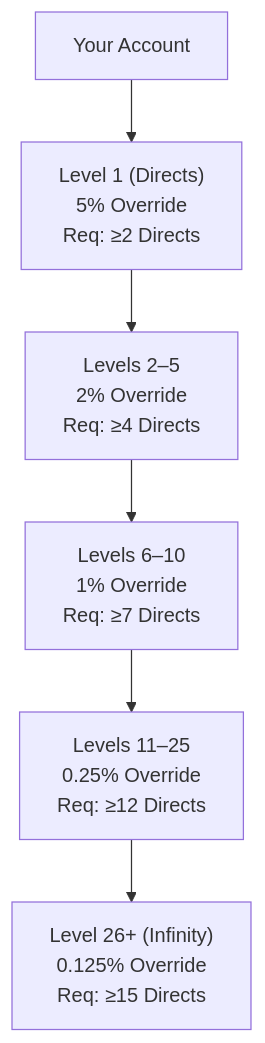
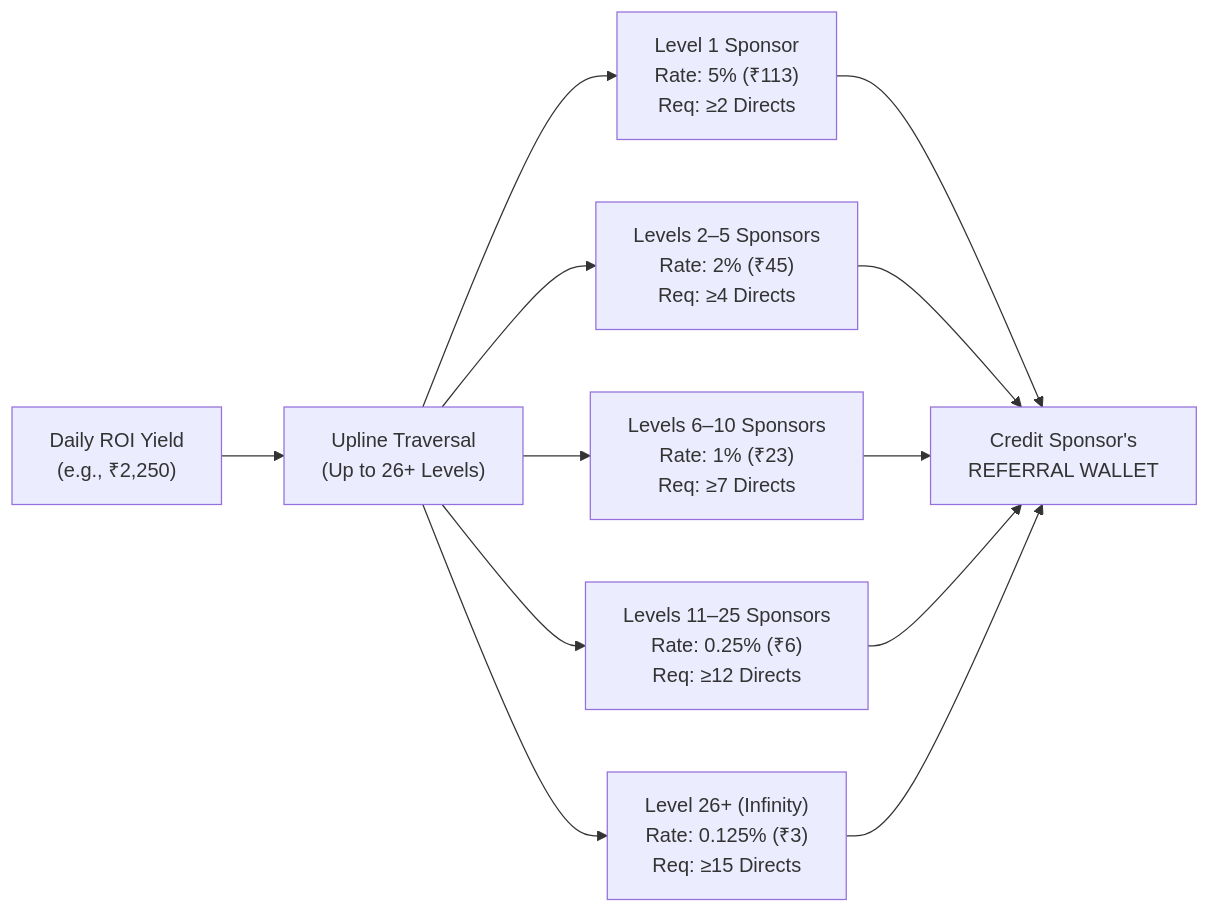
One commit to dharmikthanki12/Unicorn changed the third of 4 diagrams in UNICORN_COMPLETE_SYSTEM_WORKFLOW.md. Above: the diagram before and after it, drawn with Mermaid. The commit also changed other lines of this file, not shown here.

````diff
--- a/UNICORN_COMPLETE_SYSTEM_WORKFLOW.md
+++ b/UNICORN_COMPLETE_SYSTEM_WORKFLOW.md
@@ -126,15 +274,15 @@
 ```mermaid
-graph TD
-    User["Your Account"]
-    L1["Level 1 (Directs)<br/>5% Override<br/>Req: ≥2 Directs"]
-    L2["Levels 2–5<br/>2% Override<br/>Req: ≥4 Directs"]
-    L3["Levels 6–10<br/>1% Override<br/>Req: ≥7 Directs"]
-    L4["Levels 11–25<br/>0.25% Override<br/>Req: ≥12 Directs"]
-    L5["Level 26+ (Infinity)<br/>0.125% Override<br/>Req: ≥15 Directs"]
-
-    User --> L1
-    L1 --> L2
-    L2 --> L3
-    L3 --> L4
-    L4 --> L5
+flowchart LR
+    A["Daily ROI Yield<br/>(e.g., ₹2,250)"] --> B["Upline Traversal<br/>(Up to 26+ Levels)"]
+    B --> C["Level 1 Sponsor<br/>Rate: 5% (₹113)<br/>Req: ≥2 Directs"]
+    B --> D["Levels 2–5 Sponsors<br/>Rate: 2% (₹45)<br/>Req: ≥4 Directs"]
+    B --> E["Levels 6–10 Sponsors<br/>Rate: 1% (₹23)<br/>Req: ≥7 Directs"]
+    B --> F["Levels 11–25 Sponsors<br/>Rate: 0.25% (₹6)<br/>Req: ≥12 Directs"]
+    B --> G["Level 26+ (Infinity)<br/>Rate: 0.125% (₹3)<br/>Req: ≥15 Directs"]
+    
+    C --> H["Credit Sponsor's<br/>REFERRAL WALLET"]
+    D --> H
+    E --> H
+    F --> H
+    G --> H
 ```
````
